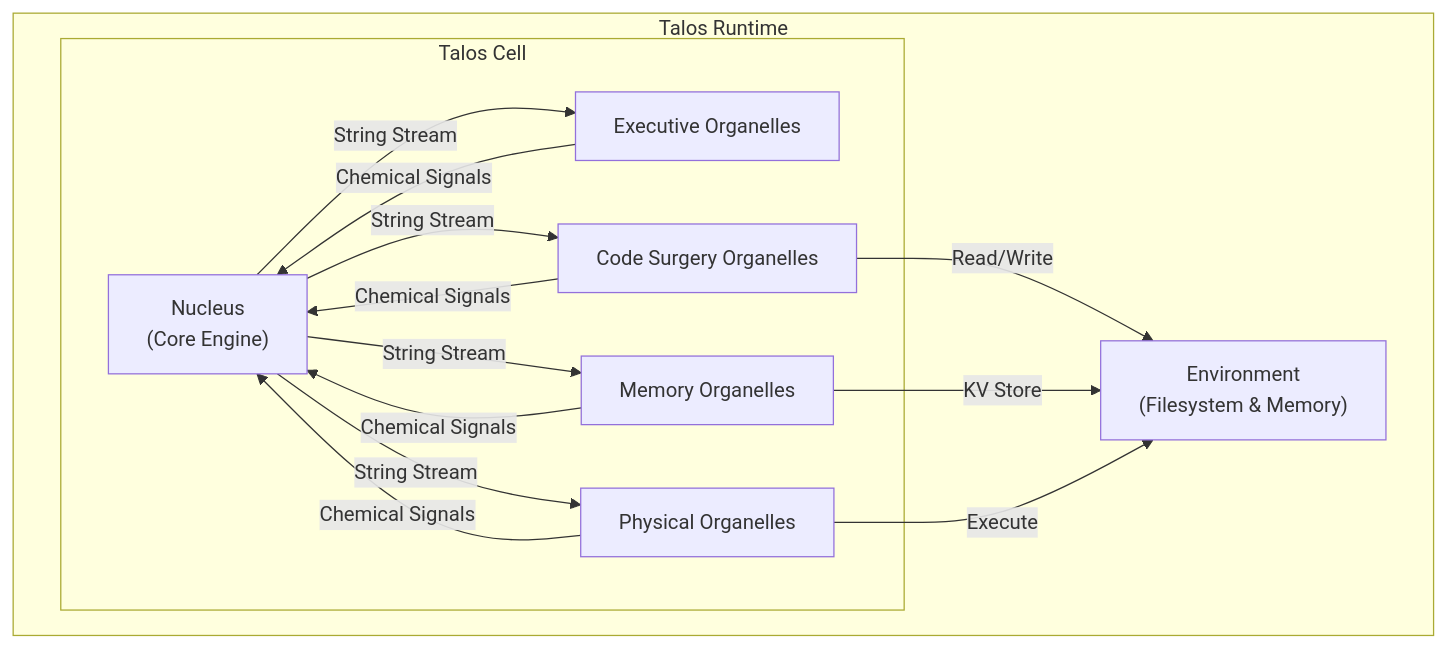
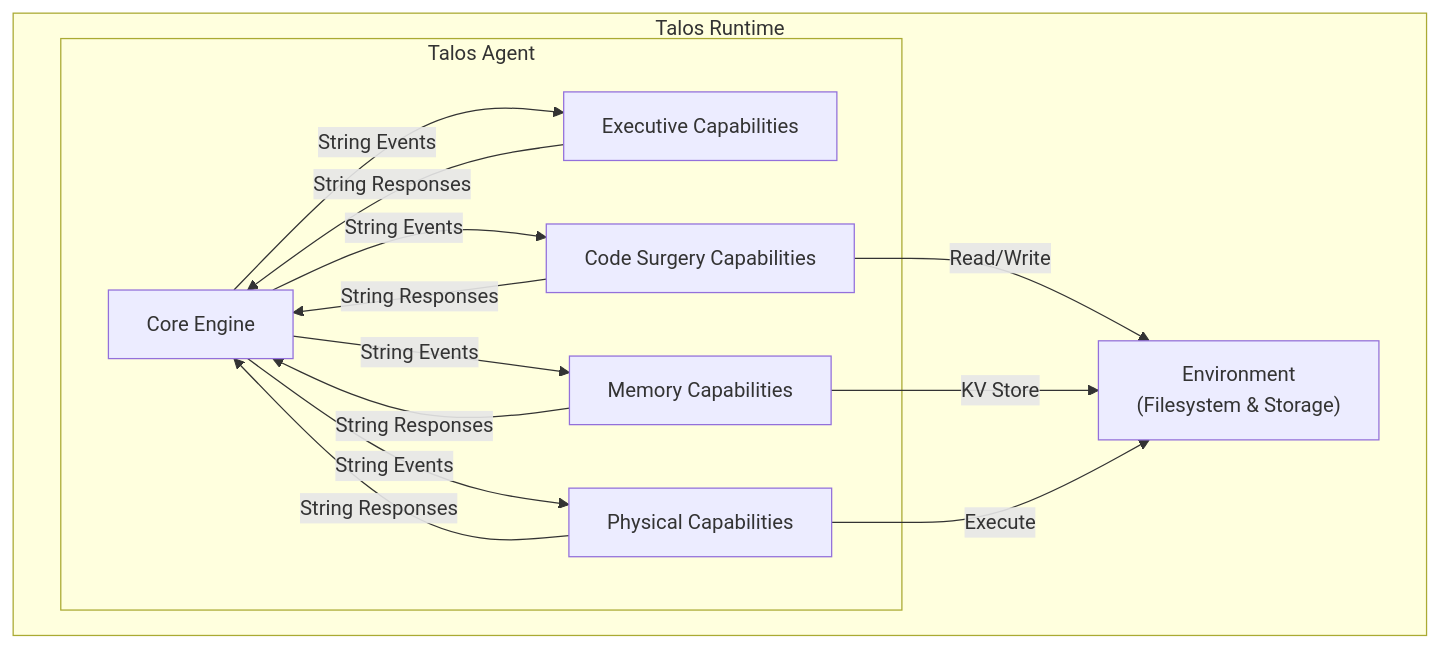
Before and after one commit to Redna/talos_runtime: the first of 8 diagrams in docs/ARCHITECTURE.md, drawn with Mermaid. The commit also changed other lines of this file, not shown here.

Commit message:
Rewrite architecture doc: formal style, reduced biological references

````diff
--- a/docs/ARCHITECTURE.md
+++ b/docs/ARCHITECTURE.md
@@ -5,25 +7,25 @@
 ```mermaid
 graph TB
     subgraph "Talos Runtime"
-        subgraph "Talos Cell"
-            N["Nucleus<br/>(Core Engine)"]
-            O1["Executive Organelles"]
-            O2["Code Surgery Organelles"]
-            O3["Memory Organelles"]
-            O4["Physical Organelles"]
+        subgraph "Talos Agent"
+            N["Core Engine"]
+            E1["Executive Capabilities"]
+            E2["Code Surgery Capabilities"]
+            E3["Memory Capabilities"]
+            E4["Physical Capabilities"]
         end
-        E["Environment<br/>(Filesystem & Memory)"]
+        ENV["Environment<br/>(Filesystem & Storage)"]
     end
     
-    N -->|"String Stream"| O1
-    N -->|"String Stream"| O2
-    N -->|"String Stream"| O3
-    N -->|"String Stream"| O4
-    O1 -->|"Chemical Signals"| N
-    O2 -->|"Chemical Signals"| N
-    O3 -->|"Chemical Signals"| N
-    O4 -->|"Chemical Signals"| N
-    O2 -->|"Read/Write"| E
-    O3 -->|"KV Store"| E
-    O4 -->|"Execute"| E
+    N -->|"String Events"| E1
+    N -->|"String Events"| E2
+    N -->|"String Events"| E3
+    N -->|"String Events"| E4
+    E1 -->|"String Responses"| N
+    E2 -->|"String Responses"| N
+    E3 -->|"String Responses"| N
+    E4 -->|"String Responses"| N
+    E2 -->|"Read/Write"| ENV
+    E3 -->|"KV Store"| ENV
+    E4 -->|"Execute"| ENV
 ```
````
